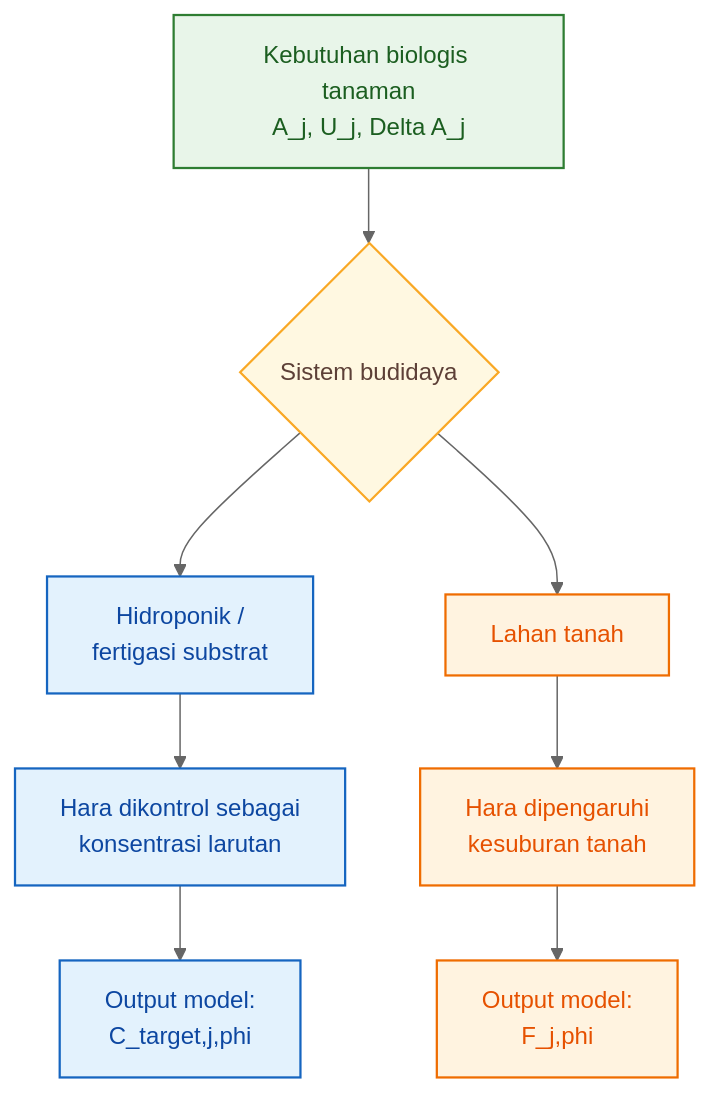
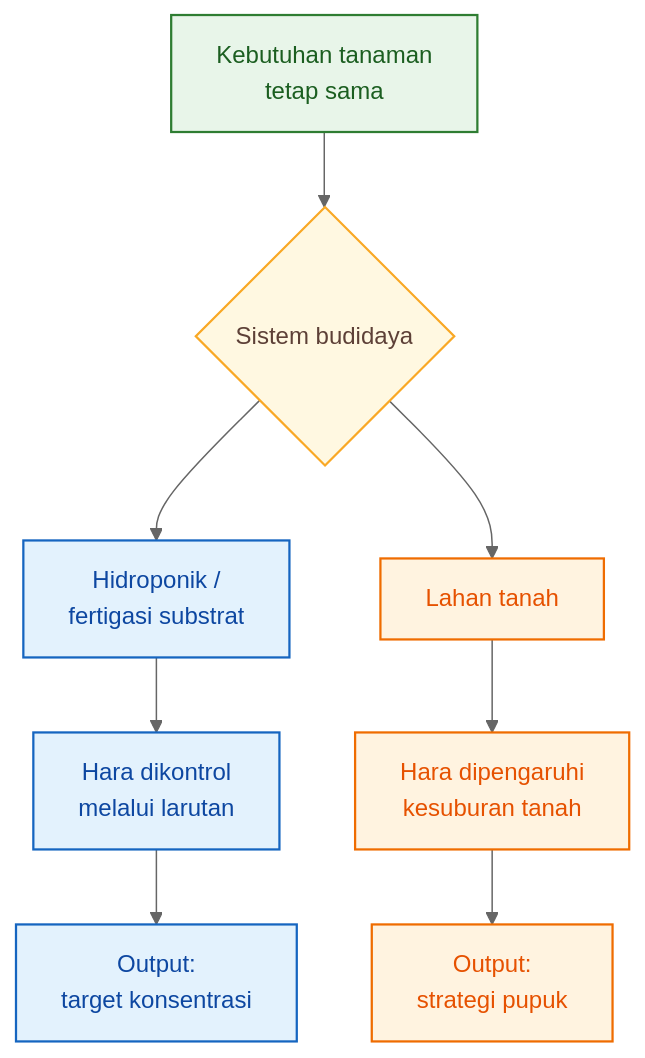
One commit to slametsampon/kawruhnology changed the third of 15 diagrams in content/blog/agri/kebon/model-formula-hara.mdx. Above: the diagram before and after it, drawn with Mermaid (neutral theme). The commit also changed other lines of this file and 4 other files, not shown here.

Commit message:
update model-formula-hara

````diff
--- a/content/blog/agri/kebon/model-formula-hara.mdx
+++ b/content/blog/agri/kebon/model-formula-hara.mdx
@@ -516,22 +463,22 @@
 ```mermaid
 flowchart TD
-    A["Kebutuhan biologis tanaman<br/>A_j, U_j, Delta A_j"] --> B{"Sistem budidaya"}
+    A["Kebutuhan tanaman<br/>tetap sama"] --> B{"Sistem budidaya"}
 
     B --> C["Hidroponik /<br/>fertigasi substrat"]
-    C --> D["Hara dikontrol sebagai<br/>konsentrasi larutan"]
-    D --> E["Output model:<br/>C_target,j,phi"]
+    C --> D["Hara dikontrol<br/>melalui larutan"]
+    D --> E["Output:<br/>target konsentrasi"]
 
     B --> F["Lahan tanah"]
     F --> G["Hara dipengaruhi<br/>kesuburan tanah"]
-    G --> H["Output model:<br/>F_j,phi"]
+    G --> H["Output:<br/>strategi pupuk"]
 
     classDef pusat fill:#E8F5E9,stroke:#2E7D32,stroke-width:1.5px,color:#1B5E20;
     classDef pilih fill:#FFF8E1,stroke:#F9A825,stroke-width:1.5px,color:#5D4037;
     classDef hidro fill:#E3F2FD,stroke:#1565C0,stroke-width:1.5px,color:#0D47A1;
     classDef tanah fill:#FFF3E0,stroke:#EF6C00,stroke-width:1.5px,color:#E65100;
 
     class A pusat;
     class B pilih;
     class C,D,E hidro;
     class F,G,H tanah;
 ```
````
